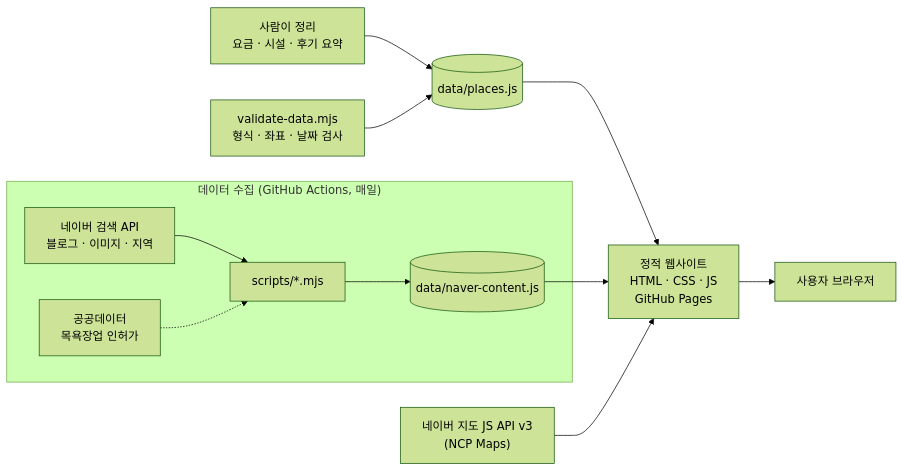
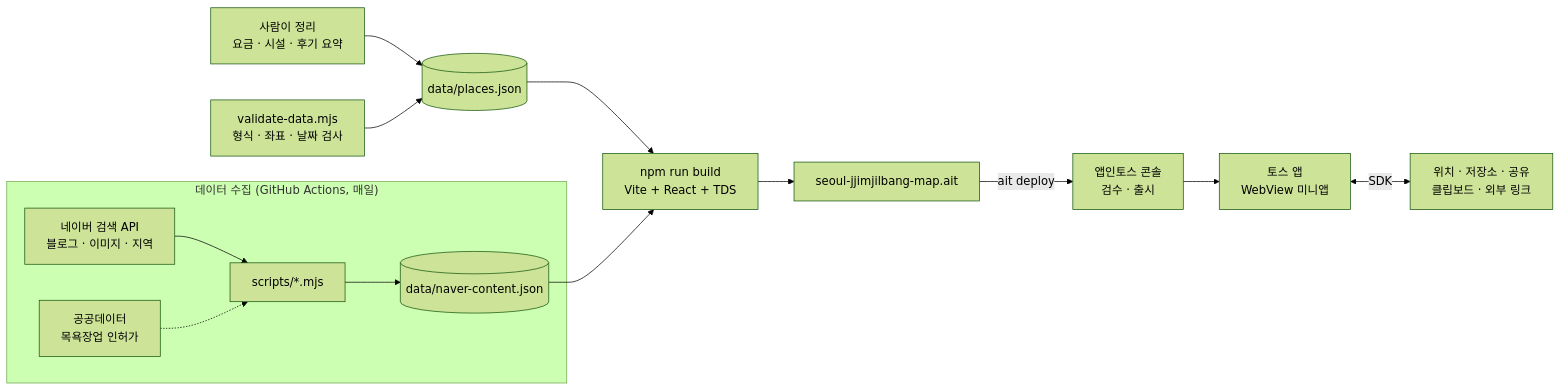
Before and after one commit to howoo101/test: the second of 2 diagrams in jjimjilbang-map/docs/기획서.md, drawn with Mermaid (forest theme). The commit also changed other lines of this file and 43 other files, not shown here.

First line of the commit message:
찜질방 지도를 앱인토스 WebView 미니앱으로 전환

````diff
--- a/jjimjilbang-map/docs/기획서.md
+++ b/jjimjilbang-map/docs/기획서.md
@@ -232,14 +258,16 @@
 ```mermaid
 flowchart LR
   subgraph collect ["데이터 수집 (GitHub Actions, 매일)"]
     A["네이버 검색 API<br/>블로그 · 이미지 · 지역"] --> S["scripts/*.mjs"]
     P["공공데이터<br/>목욕장업 인허가"] -.-> S
-    S --> C[("data/naver-content.js")]
+    S --> C[("data/naver-content.json")]
   end
-  M["사람이 정리<br/>요금 · 시설 · 후기 요약"] --> D[("data/places.js")]
+  M["사람이 정리<br/>요금 · 시설 · 후기 요약"] --> D[("data/places.json")]
   V["validate-data.mjs<br/>형식 · 좌표 · 날짜 검사"] --> D
-  D --> W["정적 웹사이트<br/>HTML · CSS · JS<br/>GitHub Pages"]
-  C --> W
-  N["네이버 지도 JS API v3<br/>(NCP Maps)"] --> W
-  W --> U["사용자 브라우저"]
+  D --> B["npm run build<br/>Vite + React + TDS"]
+  C --> B
+  B --> F["seoul-jjimjilbang-map.ait"]
+  F -->|ait deploy| K["앱인토스 콘솔<br/>검수 · 출시"]
+  K --> T["토스 앱<br/>WebView 미니앱"]
+  T <-->|SDK| X["위치 · 저장소 · 공유<br/>클립보드 · 외부 링크"]
 ```
````
